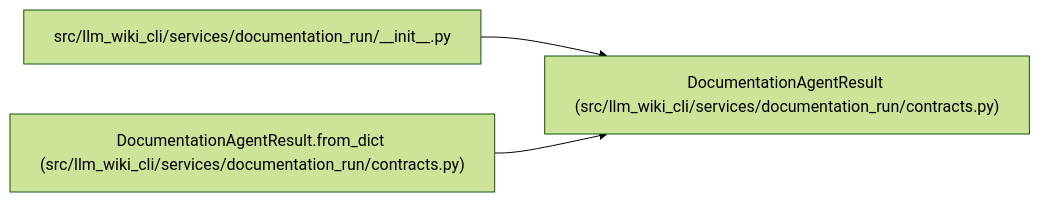
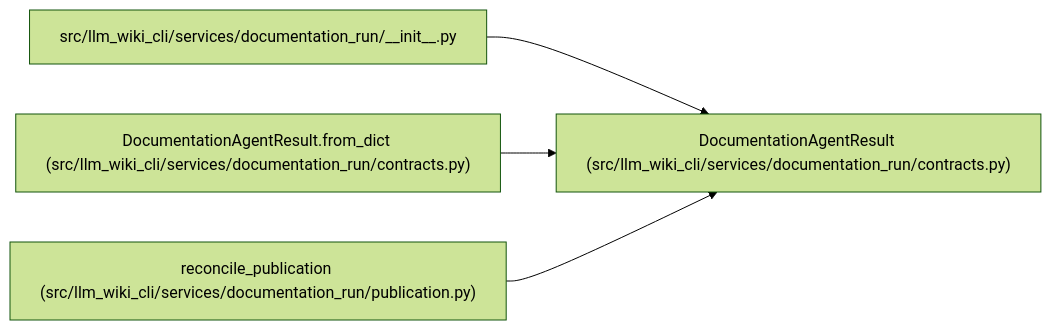
The diagram in docs/llm_wiki/entities/DocumentationAgentResult.md (Denissvgn/python-wiki-llm), drawn with Mermaid (forest theme) before and after one commit. The commit also changed other lines of this file and 375 other files, not shown here.

Commit message:
feat: propose independently reviewed patches for mapped wiki documentation

````diff
--- a/docs/llm_wiki/entities/DocumentationAgentResult.md
+++ b/docs/llm_wiki/entities/DocumentationAgentResult.md
@@ -49,11 +50,14 @@
 ```mermaid
 flowchart LR
     n0["DocumentationAgentResult (src/llm_wiki_cli/services/documentation_run/contracts.py)"]
     n1["src/llm_wiki_cli/services/documentation_run/__init__.py"]
     n2["DocumentationAgentResult.from_dict (src/llm_wiki_cli/services/documentation_run/contracts.py)"]
+    n3["reconcile_publication (src/llm_wiki_cli/services/documentation_run/publication.py)"]
     n1 --> n0
     n2 --> n0
+    n3 --> n0
     click n0 "../modules/documentation_run_contracts.md"
     click n1 "../modules/documentation_run___init__.md"
     click n2 "../modules/documentation_run_contracts.md"
+    click n3 "../modules/publication.md"
 ```
````
